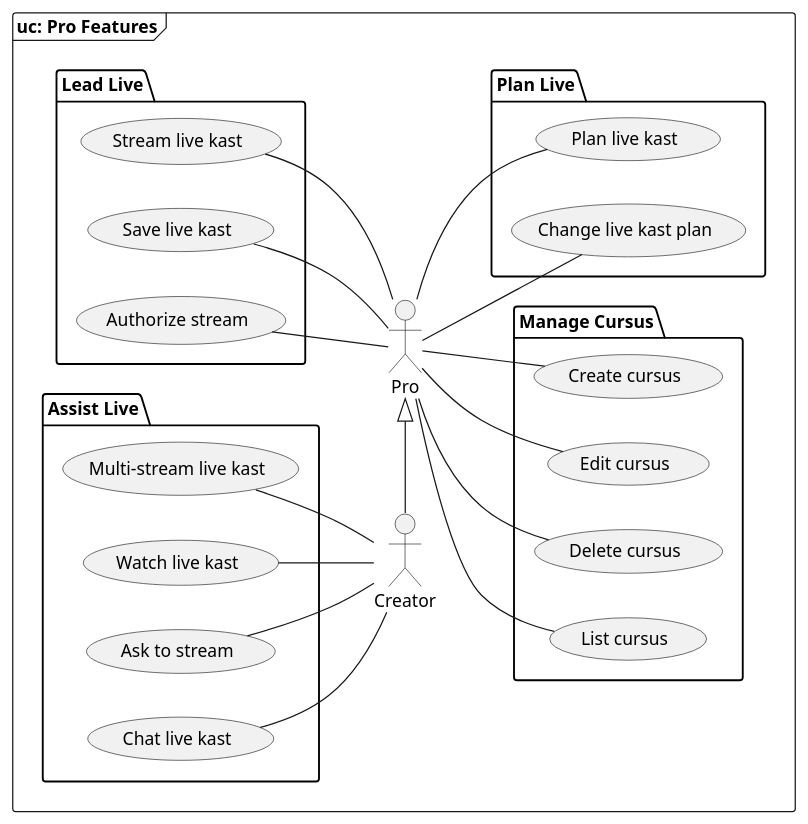
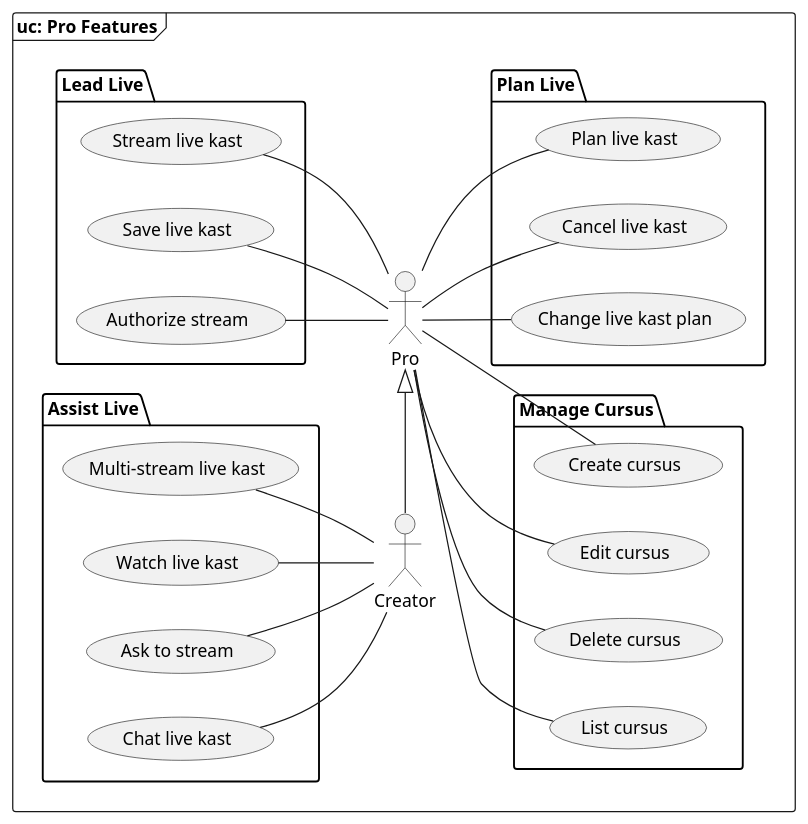
One commit to SSMM0498/arkad-conception changed the diagram in models/1.UseCase/pro/1.UseCase.puml. Above: the diagram before and after it, drawn with PlantUML. The commit also changed 10 other files, not shown here.

Commit message:
⭐ impl : rest of use case diagram (editor - ide - recorder - player)

```diff
--- a/models/1.UseCase/pro/1.UseCase.puml
+++ b/models/1.UseCase/pro/1.UseCase.puml
@@ -1,55 +1,57 @@
 @startuml UseCase
 left to right direction
 skinparam shadowing false
 skinparam monochrome true
 
 frame "uc: Pro Features" {
     actor Creator
     actor Pro
 
     :Pro: <|-left- :Creator:
 
     package "Manage Cursus" {
         (Create cursus)
         (Edit cursus)
         (Delete cursus)
         (List cursus)
     }
 
     package "Plan Live" {
         (Plan live kast)
+        (Cancel live kast)
         (Change live kast plan)
     }
 
     package "Lead Live" {
         (Authorize stream)
         (Save live kast)
         (Stream live kast)
     }
 
     package "Assist Live" {
         (Ask to stream)
         (Watch live kast)
         (Chat live kast)
         (Multi-stream live kast)
     }
 
     :Pro: -down- (Create cursus)
     :Pro: -down- (Edit cursus)
     :Pro: -down- (Delete cursus)
     :Pro: -down- (List cursus)
 
     :Pro: -down- (Plan live kast)
+    :Pro: -down- (Cancel live kast)
     :Pro: -down- (Change live kast plan)
 
     :Pro: -up- (Authorize stream)
     :Pro: -up- (Save live kast)
     :Pro: -up- (Stream live kast)
 
     :Creator: -up- (Chat live kast)
     :Creator: -up- (Ask to stream)
     :Creator: -up- (Watch live kast)
     :Creator: -up- (Multi-stream live kast)
 }
 
 @enduml
```
